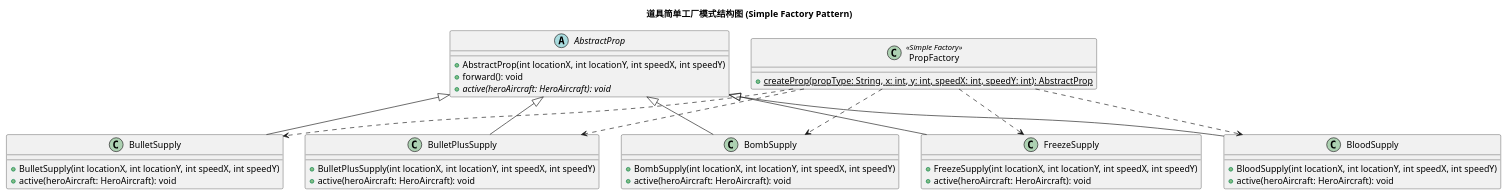
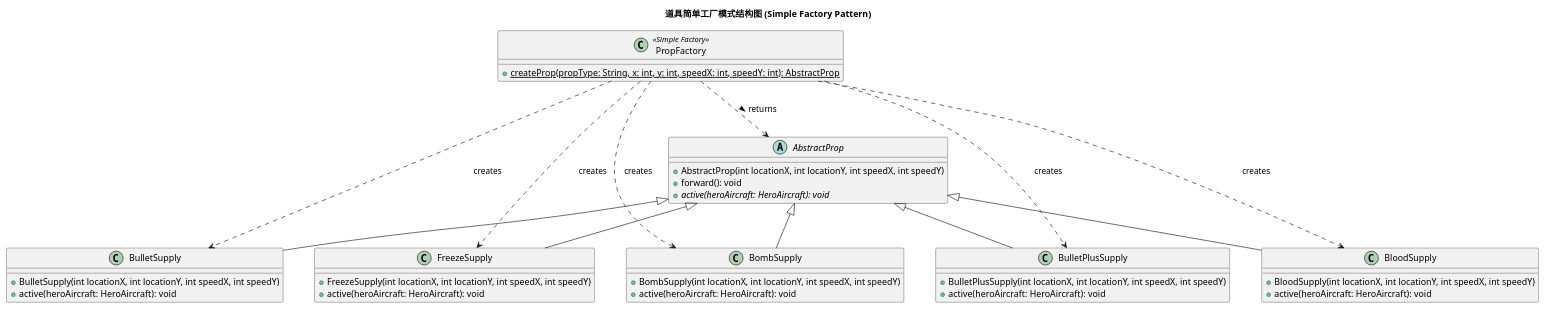
Before and after one commit to Leslie-1341/AircraftWar-base1.0: the diagram in uml/PropFactory.puml, drawn with PlantUML. The commit also changed other lines of this file and 25 other files, not shown here.

Commit message:
规范了代码，更新了uml类图，用于中期检查

```diff
--- a/uml/PropFactory.puml
+++ b/uml/PropFactory.puml
@@ -1,59 +1,70 @@
 @startuml
 'https://plantuml.com/class-diagram
 title 道具简单工厂模式结构图 (Simple Factory Pattern)
 
-' --- 抽象产品角色 ---
+skinparam nodesep 50
+skinparam ranksep 70
+
+' ==========================================
+' 工厂角色 (Factory) - 置于顶层
+' ==========================================
+class PropFactory <<Simple Factory>> {
+    + {static} createProp(propType: String, x: int, y: int, speedX: int, speedY: int): AbstractProp
+}
+
+' ==========================================
+' 抽象产品角色 (Abstract Product) - 置于中间层
+' ==========================================
 abstract class AbstractProp {
     + AbstractProp(int locationX, int locationY, int speedX, int speedY)
     + forward(): void
-    ' 【核心新增】：通过多态实现道具生效逻辑的统一接口
     + {abstract} active(heroAircraft: HeroAircraft): void
 }
 
-' --- 具体产品角色 ---
+' 工厂依赖抽象产品作为返回值
+PropFactory ..> AbstractProp : returns >
+
+' ==========================================
+' 具体产品角色 (Concrete Products) - 置于底层
+' ==========================================
+class BulletSupply {
+    + BulletSupply(int locationX, int locationY, int speedX, int speedY)
+    + active(heroAircraft: HeroAircraft): void
+}
+class BulletPlusSupply {
+    + BulletPlusSupply(int locationX, int locationY, int speedX, int speedY)
+    + active(heroAircraft: HeroAircraft): void
+}
+class BombSupply {
+    + BombSupply(int locationX, int locationY, int speedX, int speedY)
+    + active(heroAircraft: HeroAircraft): void
+}
+class FreezeSupply {
+    + FreezeSupply(int locationX, int locationY, int speedX, int speedY)
+    + active(heroAircraft: HeroAircraft): void
+}
 class BloodSupply {
     + BloodSupply(int locationX, int locationY, int speedX, int speedY)
     + active(heroAircraft: HeroAircraft): void
 }
 
-class BulletSupply {
-    + BulletSupply(int locationX, int locationY, int speedX, int speedY)
-    + active(heroAircraft: HeroAircraft): void
-}
+' ========================================
+' 建立继承关系 (具体产品在下，抽象产品在上)
+' ========================================
+BulletSupply -up-|> AbstractProp
+BulletPlusSupply -up-|> AbstractProp
+BombSupply -up-|> AbstractProp
+FreezeSupply -up-|> AbstractProp
+BloodSupply -up-|> AbstractProp
 
-class BulletPlusSupply {
-    + BulletPlusSupply(int locationX, int locationY, int speedX, int speedY)
-    + active(heroAircraft: HeroAircraft): void
-}
+' ========================================
+' 建立生产依赖关系 (工厂创建具体产品)
+' ========================================
 
-class BombSupply {
-    + BombSupply(int locationX, int locationY, int speedX, int speedY)
-    + active(heroAircraft: HeroAircraft): void
-}
+PropFactory ..> BulletSupply : creates
+PropFactory ..> BulletPlusSupply : creates
+PropFactory ..> BombSupply : creates
+PropFactory ..> FreezeSupply : creates
+PropFactory ..> BloodSupply : creates
 
-class FreezeSupply {
-    + FreezeSupply(int locationX, int locationY, int speedX, int speedY)
-    + active(heroAircraft: HeroAircraft): void
-}
-
-' --- 建立继承关系 ---
-AbstractProp <|-- BloodSupply
-AbstractProp <|-- BulletSupply
-AbstractProp <|-- BulletPlusSupply
-AbstractProp <|-- BombSupply
-AbstractProp <|-- FreezeSupply
-
-' --- 工厂角色 ---
-class PropFactory <<Simple Factory>> {
-    ' 【参数修正】：将 propType 的类型从 int 修正为 String
-    + {static} createProp(propType: String, x: int, y: int, speedX: int, speedY: int): AbstractProp
-}
-
-' --- 建立依赖关系 (工厂创建具体产品) ---
-PropFactory ..> BloodSupply
-PropFactory ..> BulletSupply
-PropFactory ..> BulletPlusSupply
-PropFactory ..> BombSupply
-PropFactory ..> FreezeSupply
-
-@enduml@startuml
+@enduml
```
